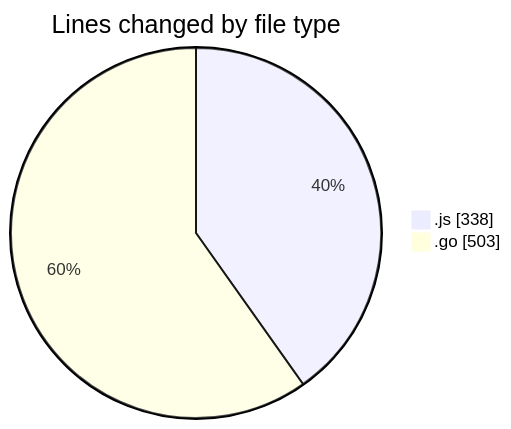
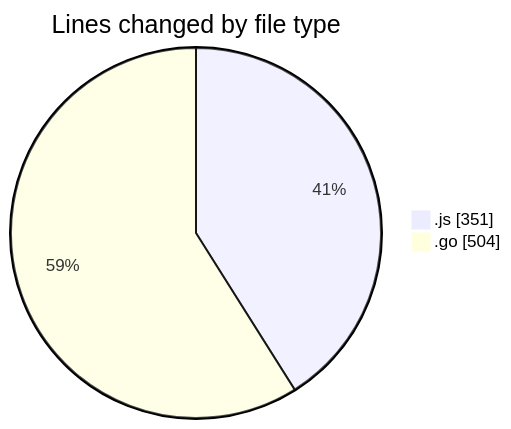
Before and after one commit to robertbonfada/code-tracking: the first of 2 diagrams in 2025-03-04/simulador-serial/README.md, drawn with Mermaid. The commit also changed other lines of this file and 1 other file, not shown here.

````diff
--- a/2025-03-04/simulador-serial/README.md
+++ b/2025-03-04/simulador-serial/README.md
@@ -22,6 +23,6 @@
 ```mermaid
 pie showData
 title Lines changed by file type
-".js" : 338
-".go" : 503
+".js" : 351
+".go" : 504
 ```
````
